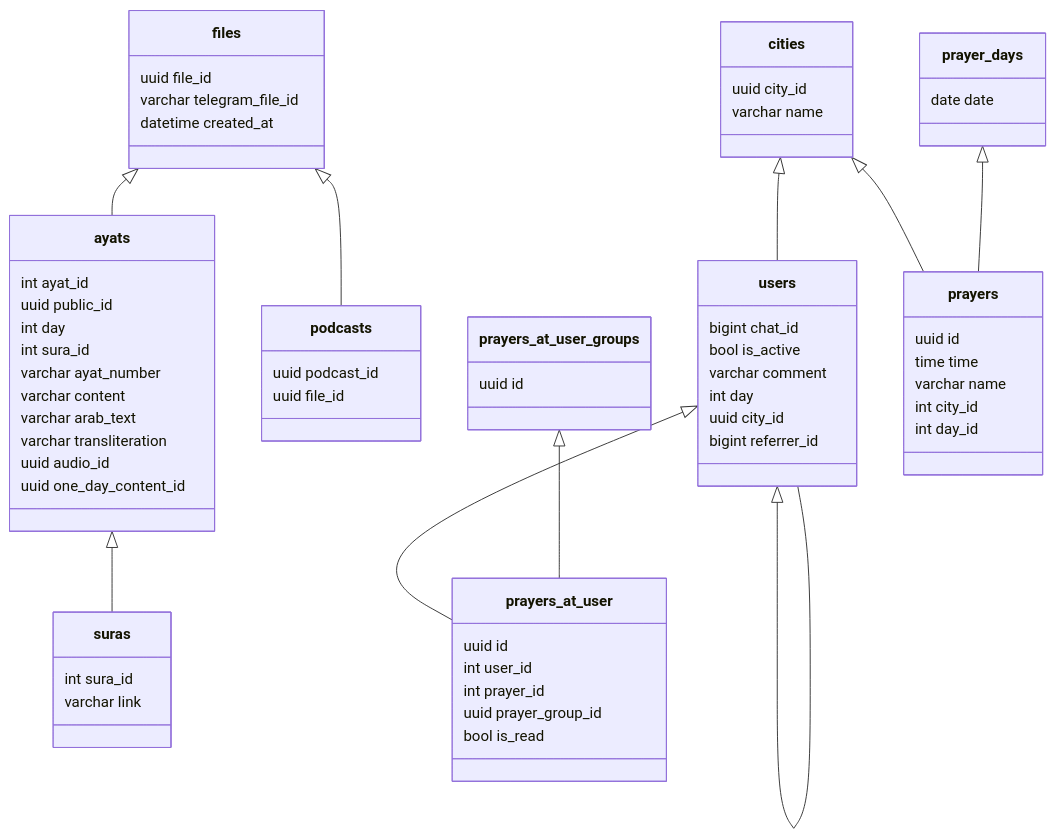
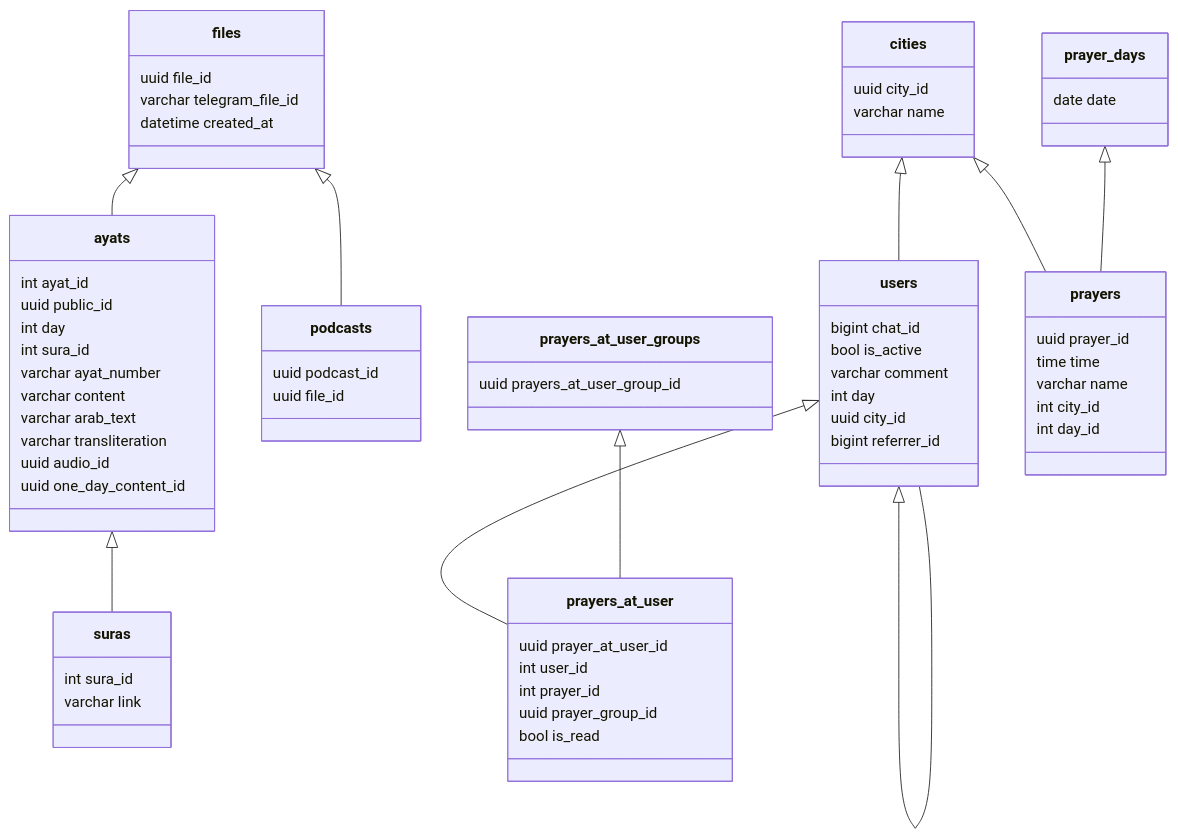
One commit to blablatdinov/tg-quranbot changed the diagram in docs/db_schema_specification.md. Above: the diagram before and after it, drawn with Mermaid. The commit also changed 13 other files, not shown here.

````diff
--- a/docs/db_schema_specification.md
+++ b/docs/db_schema_specification.md
@@ -3,69 +3,69 @@
 ```mermaid
 classDiagram
     files <|-- ayats
     files <|-- podcasts
     users <|-- users
     ayats <|-- suras
     cities <|-- users
     users <|-- prayers_at_user
     prayers_at_user_groups <|-- prayers_at_user
     cities <|-- prayers
     prayer_days <|-- prayers
     class ayats{
         int ayat_id
         uuid public_id
         int day
         int sura_id
         varchar ayat_number
         varchar content
         varchar arab_text
         varchar transliteration
         uuid audio_id
         uuid one_day_content_id
     }
     class suras{
         int sura_id
         varchar link
     }
     class files{
         uuid file_id
         varchar telegram_file_id
         datetime created_at
     }
     class users{
         bigint chat_id
         bool is_active
         varchar comment
         int day
         uuid city_id
         bigint referrer_id
     }
     class cities{
         uuid city_id
         varchar name
     }
     class podcasts{
         uuid podcast_id
         uuid file_id
     }
     class prayers{
-        uuid id
+        uuid prayer_id
         time time
         varchar name
         int city_id
         int day_id
     }
     class prayers_at_user{
-        uuid id
+        uuid prayer_at_user_id
         int user_id
         int prayer_id
         uuid prayer_group_id
         bool is_read
     }
     class prayers_at_user_groups{
-        uuid id
+        uuid prayers_at_user_group_id
     }
     class prayer_days{
         date date
     }
 ```
````
